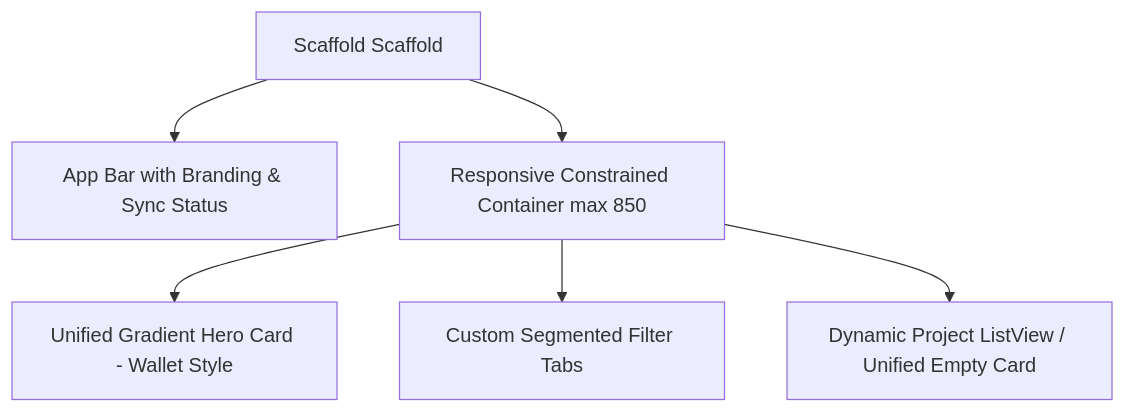
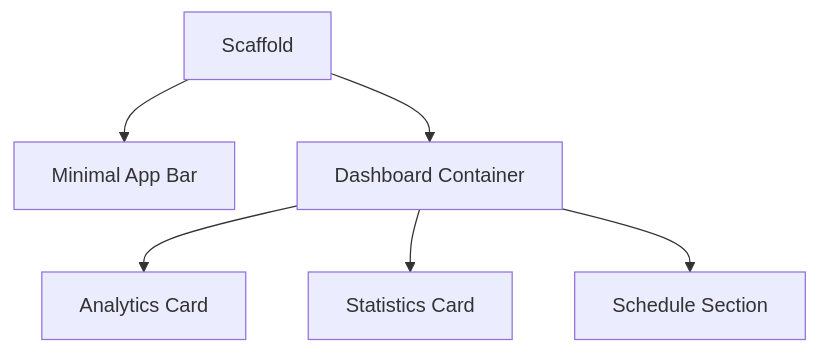
One commit to aldosebastian1/projectku-app changed the diagram in ui_documentation.md. Above: the diagram before and after it, drawn with Mermaid. The commit also changed other lines of this file, not shown here.

Commit message:
Memperbarui dokumentasi sistem desain UI/UX untuk ProjectKu dengan penekanan pada filosofi ruang kerja yang tenang dan prinsip desain yang lebih jelas.

````diff
--- a/ui_documentation.md
+++ b/ui_documentation.md
@@ -36,8 +369,8 @@
 ```mermaid
 graph TD
-    A[Scaffold Scaffold] --> B[App Bar with Branding & Sync Status]
-    A --> C[Responsive Constrained Container max 850]
-    C --> D[Unified Gradient Hero Card - Wallet Style]
-    C --> E[Custom Segmented Filter Tabs]
-    C --> F[Dynamic Project ListView / Unified Empty Card]
+A[Scaffold] --> B[Minimal App Bar]
+A --> C[Dashboard Container]
+C --> D[Analytics Card]
+C --> E[Statistics Card]
+C --> F[Schedule Section]
 ```
````
